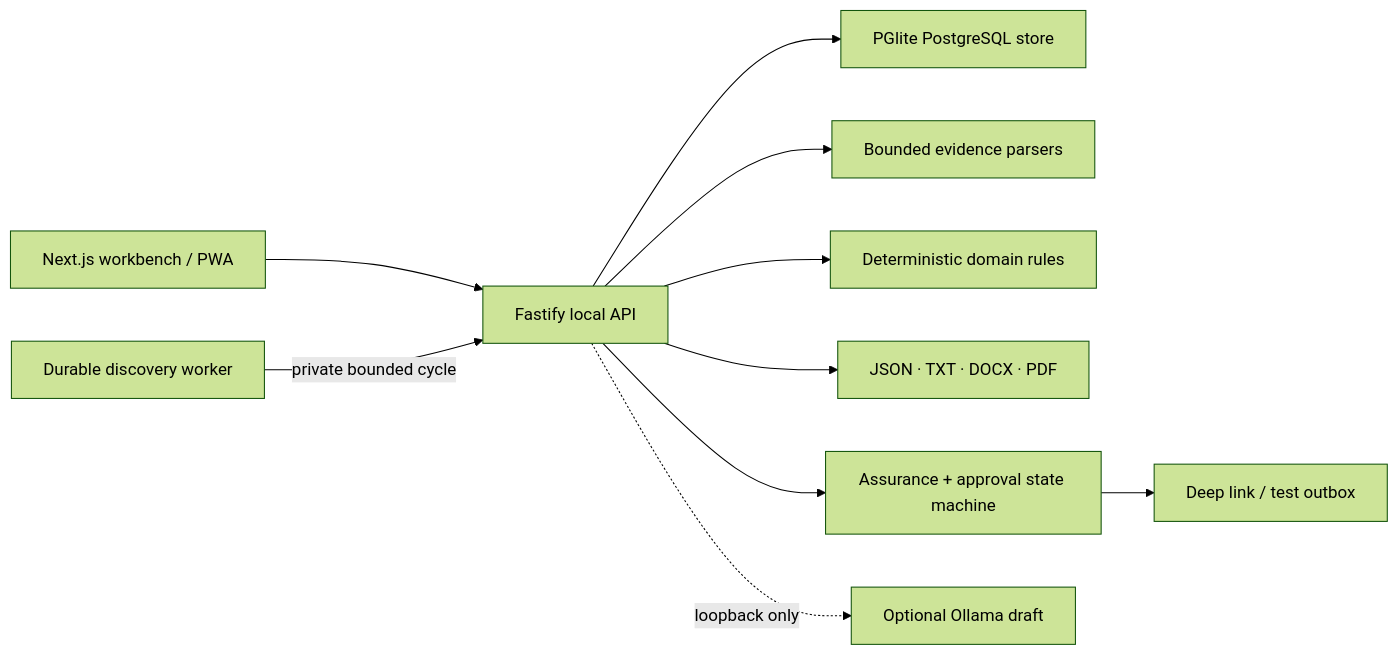
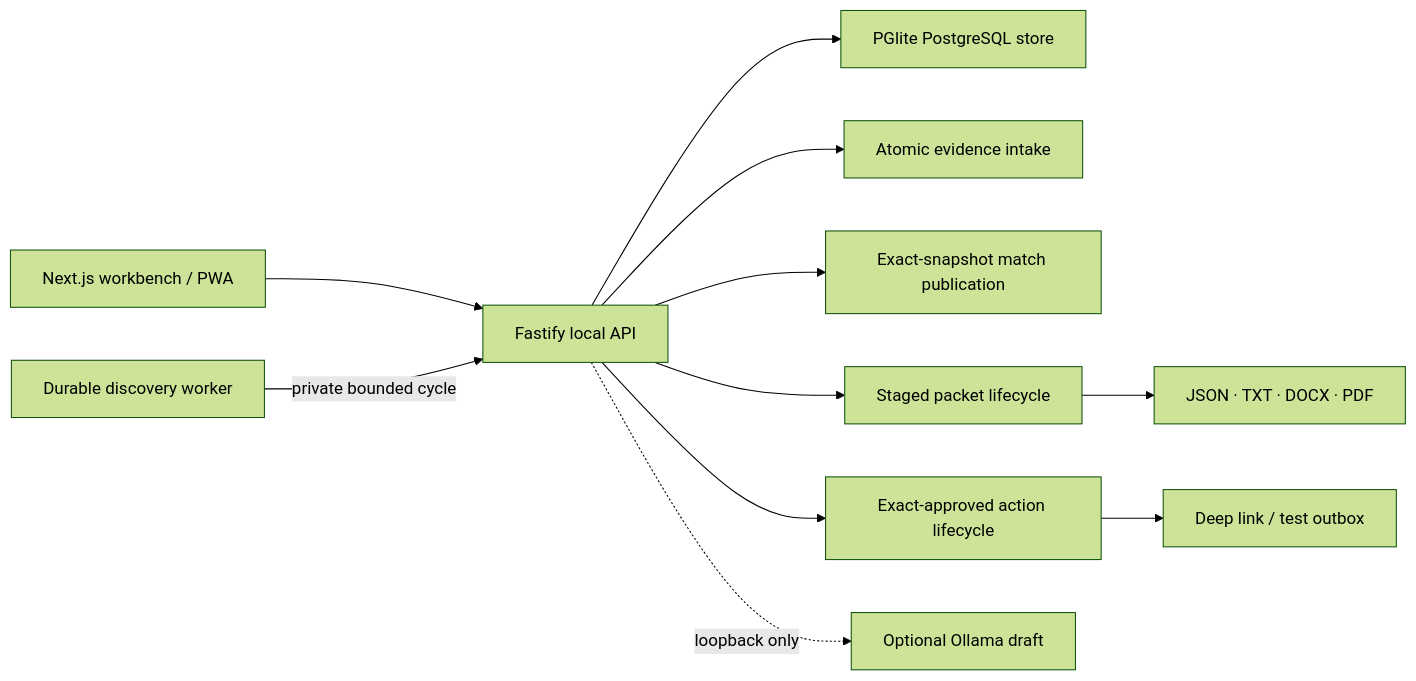
One commit to udhawan97/Nimanto changed the diagram in README.md. Above: the diagram before and after it, drawn with Mermaid (forest theme). The commit also changed other lines of this file and 51 other files, not shown here.

````diff
--- a/README.md
+++ b/README.md
@@ -271,12 +287,13 @@
 ```mermaid
 flowchart LR
   UI["Next.js workbench / PWA"] --> API["Fastify local API"]
   API --> DB["PGlite PostgreSQL store"]
-  API --> Parse["Bounded evidence parsers"]
-  API --> Match["Deterministic domain rules"]
+  API --> Intake["Atomic evidence intake"]
+  API --> Publish["Exact-snapshot match publication"]
+  API --> Packet["Staged packet lifecycle"]
+  API --> Action["Exact-approved action lifecycle"]
   Worker["Durable discovery worker"] -->|"private bounded cycle"| API
-  API --> Docs["JSON · TXT · DOCX · PDF"]
-  API --> Gate["Assurance + approval state machine"]
-  Gate --> Local["Deep link / test outbox"]
+  Packet --> Docs["JSON · TXT · DOCX · PDF"]
+  Action --> Local["Deep link / test outbox"]
   API -. "loopback only" .-> Ollama["Optional Ollama draft"]
 ```
````
